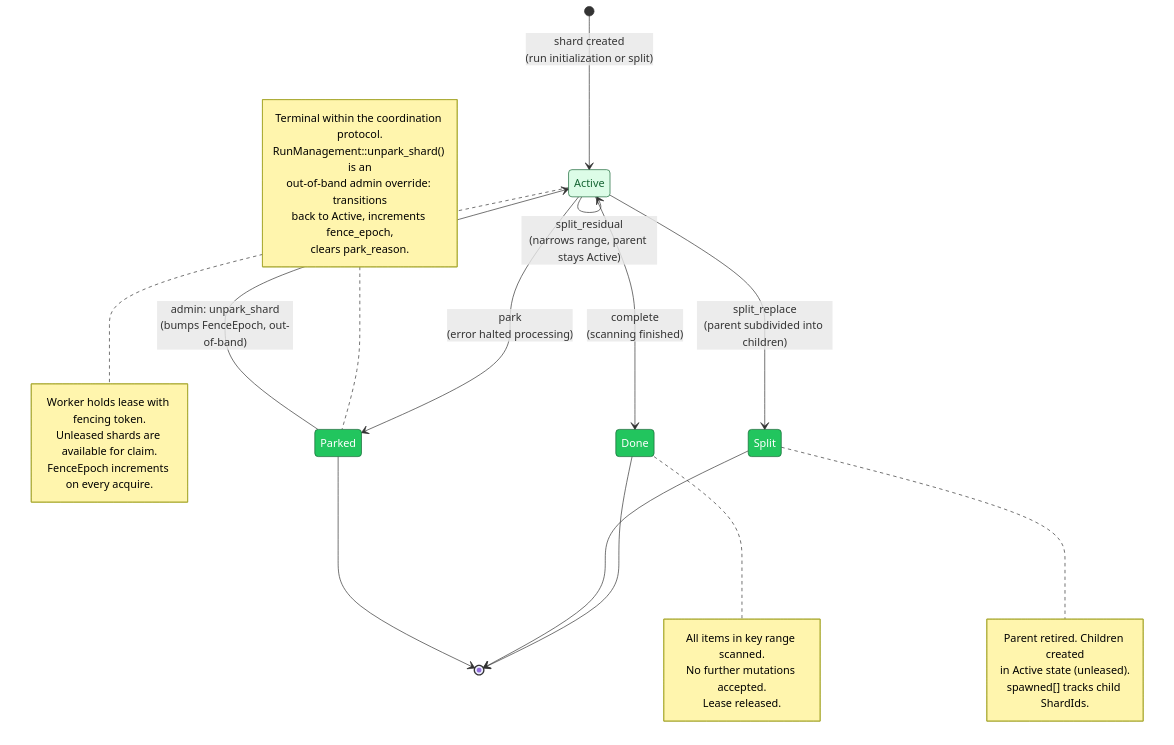
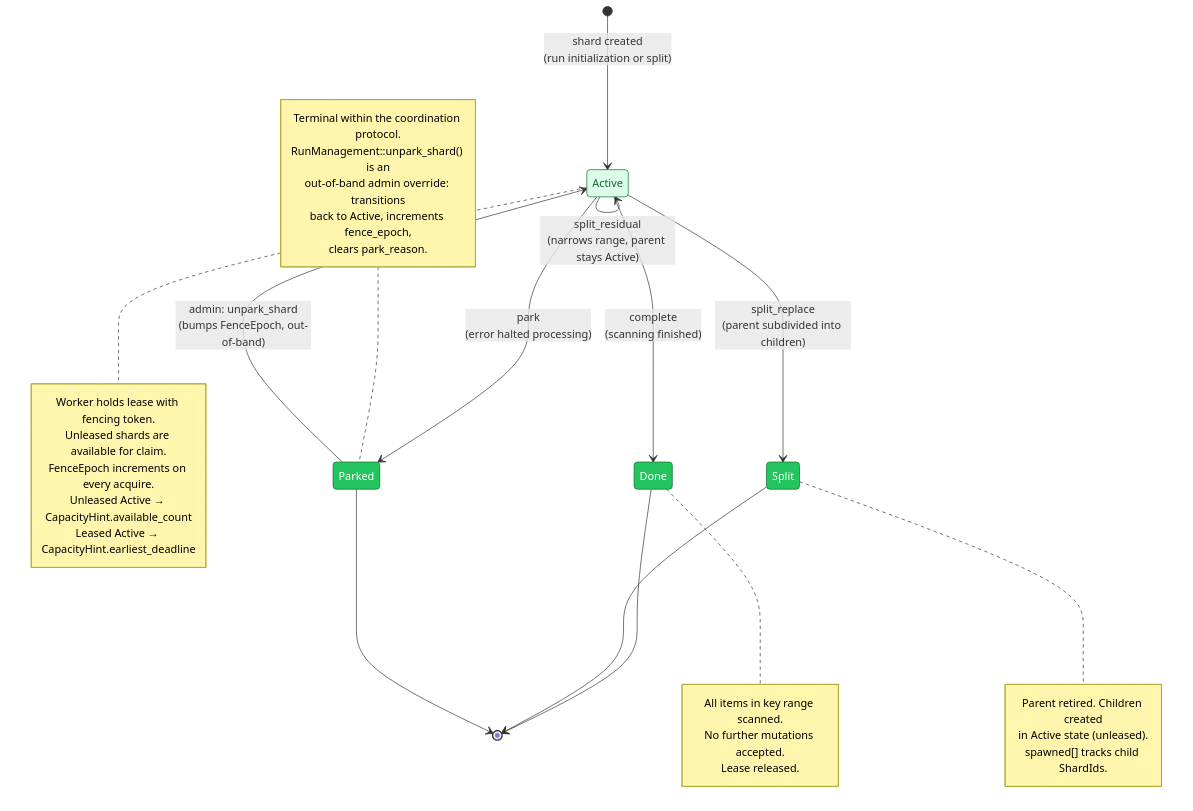
Before and after one commit to ahrav/Gossip-rs: the first of 4 diagrams in diagrams/05-shard-and-run-state-machines.md, drawn with Mermaid. The commit also changed other lines of this file and 4 other files, not shown here.

Commit message:
credit based piggyback diagrams

````diff
--- a/diagrams/05-shard-and-run-state-machines.md
+++ b/diagrams/05-shard-and-run-state-machines.md
@@ -30,50 +30,52 @@
 ```mermaid
 %% Diagram: shard-state-machine
 stateDiagram-v2
     direction TB
 
     [*] --> Active : shard created<br/>(run initialization or split)
 
     Active --> Active : acquire / release / lease expiry<br/>(ownership changes within Active)
     Active --> Active : split_residual<br/>(narrows range, parent stays Active)
     Active --> Done : complete<br/>(scanning finished)
     Active --> Split : split_replace<br/>(parent subdivided into children)
     Active --> Parked : park<br/>(error halted processing)
 
     Done --> [*]
     Split --> [*]
     Parked --> [*]
     Parked --> Active : admin: unpark_shard<br/>(bumps FenceEpoch, out-of-band)
 
     note right of Active
         Worker holds lease with fencing token.
         Unleased shards are available for claim.
         FenceEpoch increments on every acquire.
+        Unleased Active → CapacityHint.available_count
+        Leased Active → CapacityHint.earliest_deadline
     end note
 
     note right of Done
         All items in key range scanned.
         No further mutations accepted.
         Lease released.
     end note
 
     note right of Split
         Parent retired. Children created
         in Active state (unleased).
         spawned[] tracks child ShardIds.
     end note
 
     note left of Parked
         Terminal within the coordination protocol.
         RunManagement::unpark_shard() is an
         out-of-band admin override: transitions
         back to Active, increments fence_epoch,
         clears park_reason.
     end note
 
     classDef activeState fill:#DCFCE7,stroke:#166534,color:#166534
     classDef terminalState fill:#22C55E,stroke:#166534,color:#FFFFFF
 
     class Active activeState
     class Done,Split,Parked terminalState
 ```
````
